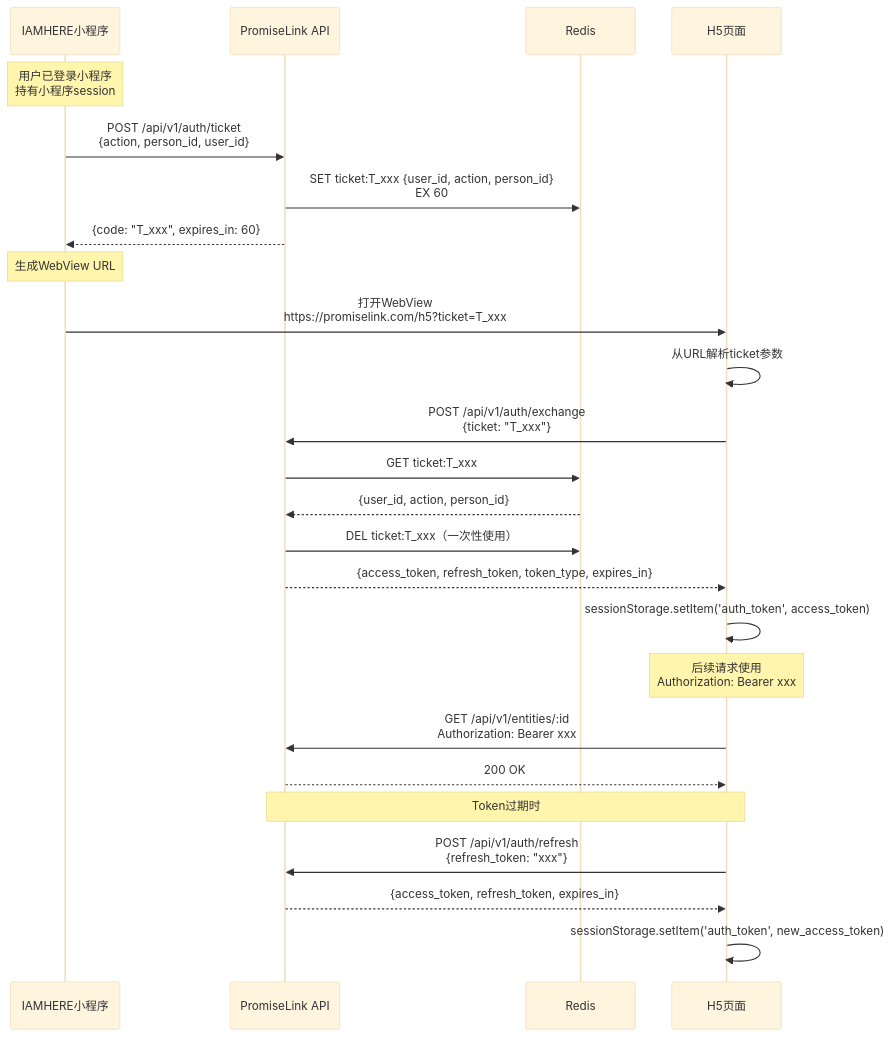
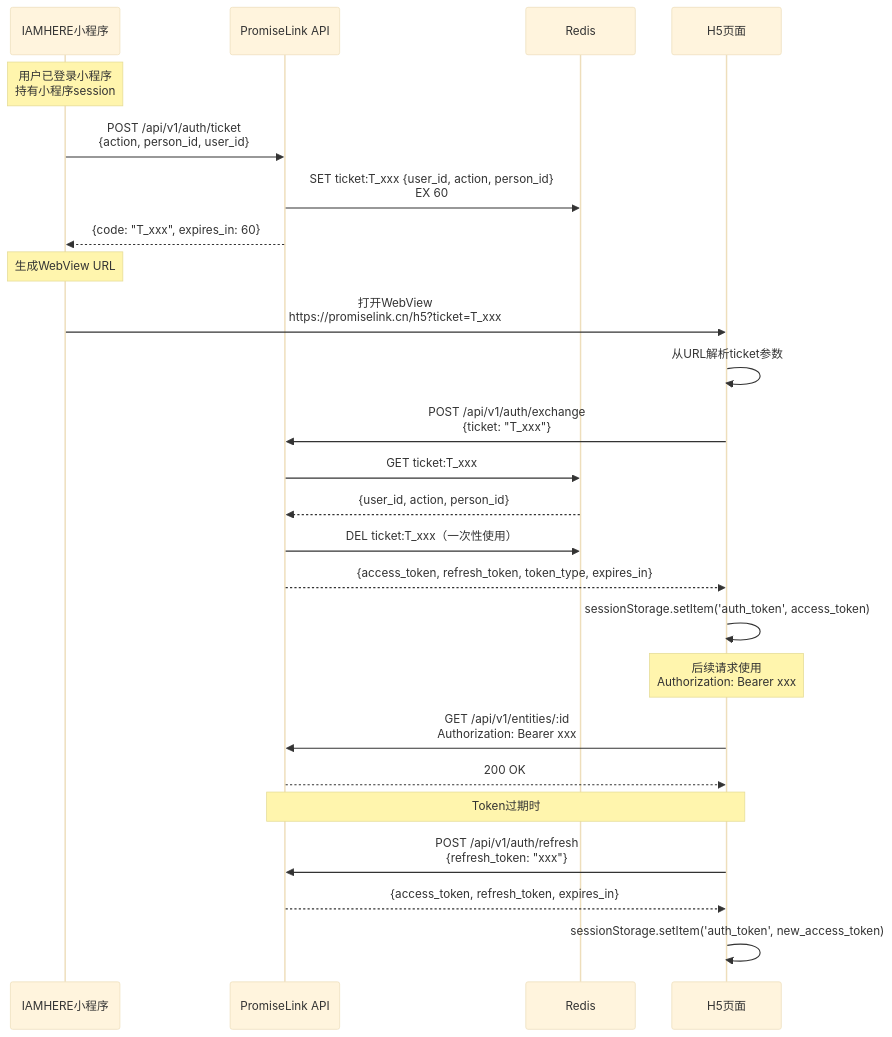
One commit to lulin70/PromiseLink changed the second of 7 diagrams in docs/design/Integration_Design_v1.md. Above: the diagram before and after it, drawn with Mermaid (base theme). The commit also changed other lines of this file, not shown here.

Commit message:
docs: fix remaining .com domain refs in Integration_Design_v1.md

````diff
--- a/docs/design/Integration_Design_v1.md
+++ b/docs/design/Integration_Design_v1.md
@@ -136,37 +136,37 @@
 ```mermaid
 sequenceDiagram
     participant MP as IAMHERE小程序
     participant API as PromiseLink API
     participant Redis as Redis
     participant H5 as H5页面
 
     Note over MP: 用户已登录小程序<br/>持有小程序session
 
     MP->>API: POST /api/v1/auth/ticket<br/>{action, person_id, user_id}
     API->>Redis: SET ticket:T_xxx {user_id, action, person_id}<br/>EX 60
     API-->>MP: {code: "T_xxx", expires_in: 60}
 
     Note over MP: 生成WebView URL
 
-    MP->>H5: 打开WebView<br/>https://promiselink.com/h5?ticket=T_xxx
+    MP->>H5: 打开WebView<br/>https://promiselink.cn/h5?ticket=T_xxx
     H5->>H5: 从URL解析ticket参数
 
     H5->>API: POST /api/v1/auth/exchange<br/>{ticket: "T_xxx"}
     API->>Redis: GET ticket:T_xxx
     Redis-->>API: {user_id, action, person_id}
     API->>Redis: DEL ticket:T_xxx（一次性使用）
     API-->>H5: {access_token, refresh_token, token_type, expires_in}
 
     H5->>H5: sessionStorage.setItem('auth_token', access_token)
 
     Note over H5: 后续请求使用<br/>Authorization: Bearer xxx
 
     H5->>API: GET /api/v1/entities/:id<br/>Authorization: Bearer xxx
     API-->>H5: 200 OK
 
     Note over H5,API: Token过期时
 
     H5->>API: POST /api/v1/auth/refresh<br/>{refresh_token: "xxx"}
     API-->>H5: {access_token, refresh_token, expires_in}
     H5->>H5: sessionStorage.setItem('auth_token', new_access_token)
 ```
````
